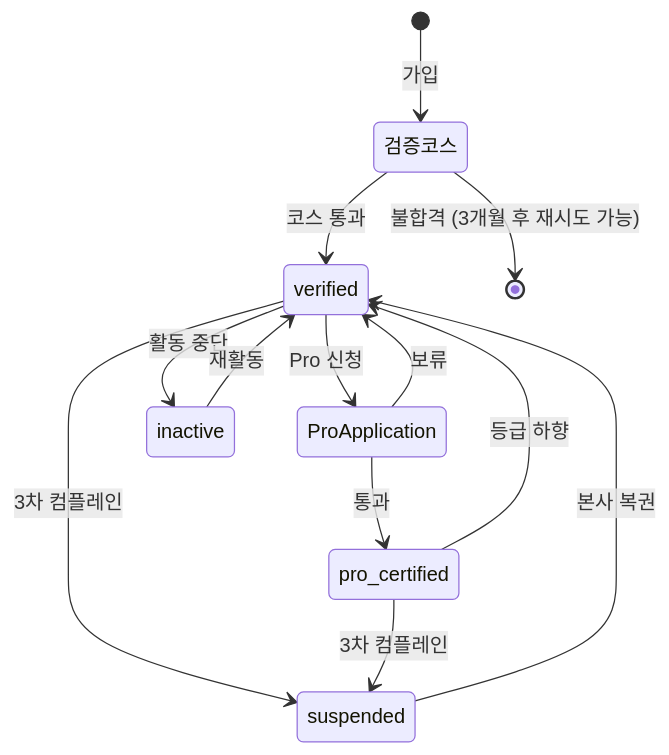
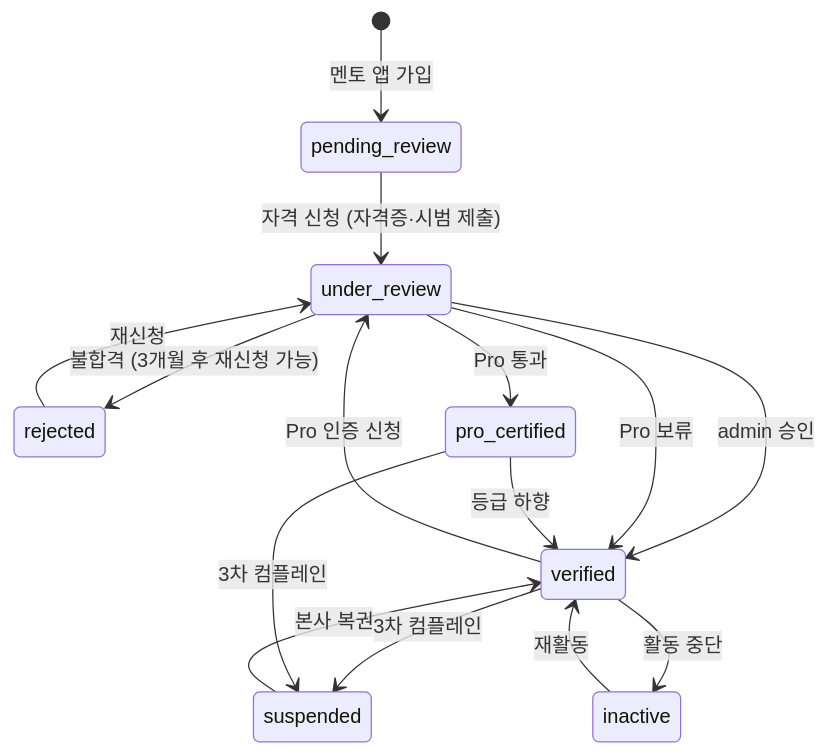
The second of 2 diagrams in specs/data/01-identity.md (Young-000/pt-platform-docs), drawn with Mermaid before and after one commit. The commit also changed other lines of this file and 1 other file, not shown here.

````diff
--- a/specs/data/01-identity.md
+++ b/specs/data/01-identity.md
@@ -112,15 +127,17 @@
 ```mermaid
 stateDiagram-v2
-    [*] --> 검증코스: 가입
-    검증코스 --> verified: 코스 통과
-    검증코스 --> [*]: 불합격 (3개월 후 재시도 가능)
-    verified --> ProApplication: Pro 신청
-    ProApplication --> pro_certified: 통과
-    ProApplication --> verified: 보류
+    [*] --> pending_review: 멘토 앱 가입
+    pending_review --> under_review: 자격 신청 (자격증·시범 제출)
+    under_review --> verified: admin 승인
+    under_review --> rejected: 불합격 (3개월 후 재신청 가능)
+    rejected --> under_review: 재신청
+    verified --> under_review: Pro 인증 신청
+    under_review --> pro_certified: Pro 통과
+    under_review --> verified: Pro 보류
     verified --> suspended: 3차 컴플레인
     pro_certified --> verified: 등급 하향
     pro_certified --> suspended: 3차 컴플레인
     suspended --> verified: 본사 복권
     verified --> inactive: 활동 중단
     inactive --> verified: 재활동
 ```
````
